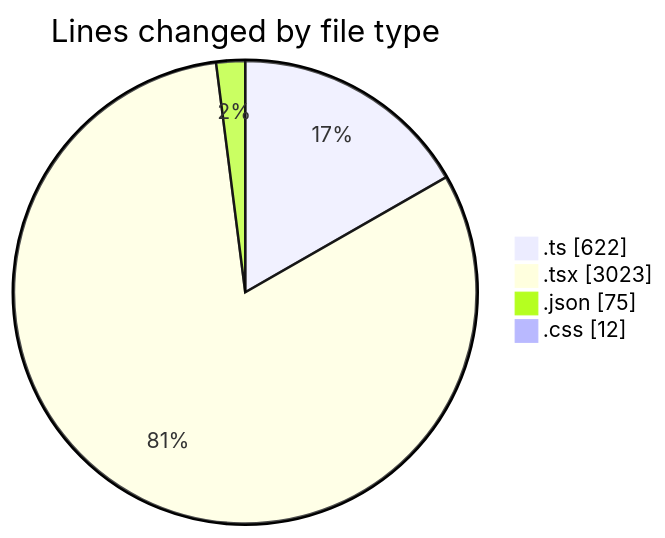
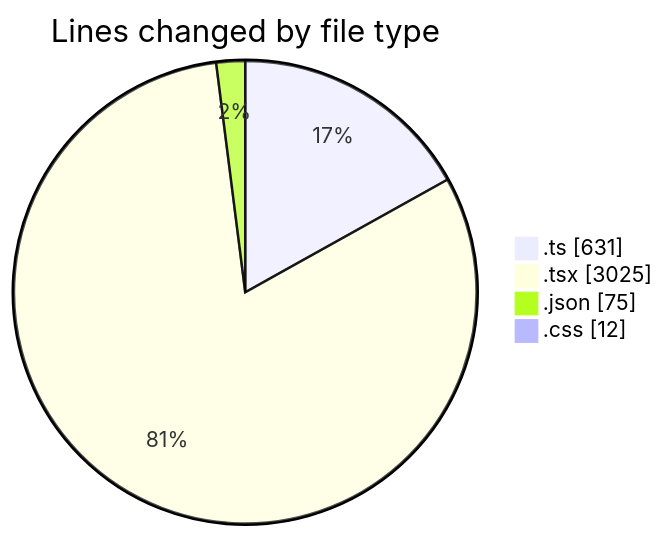
The first of 2 diagrams in 2025-01-27/termonied-web/README.md (robertbonfada/code-tracking), drawn with Mermaid before and after one commit. The commit also changed other lines of this file and 1 other file, not shown here.

````diff
--- a/2025-01-27/termonied-web/README.md
+++ b/2025-01-27/termonied-web/README.md
@@ -33,8 +33,8 @@
 ```mermaid
 pie showData
 title Lines changed by file type
-".ts" : 622
-".tsx" : 3023
+".ts" : 631
+".tsx" : 3025
 ".json" : 75
 ".css" : 12
 ```
````
